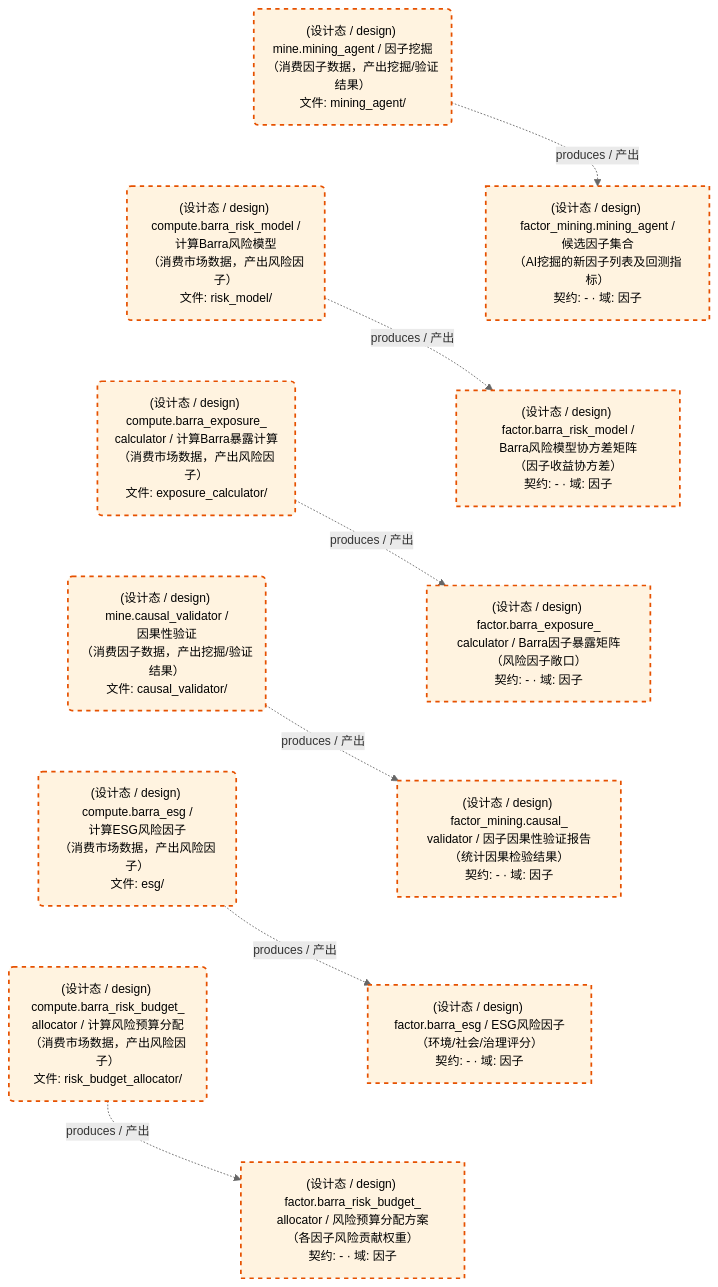
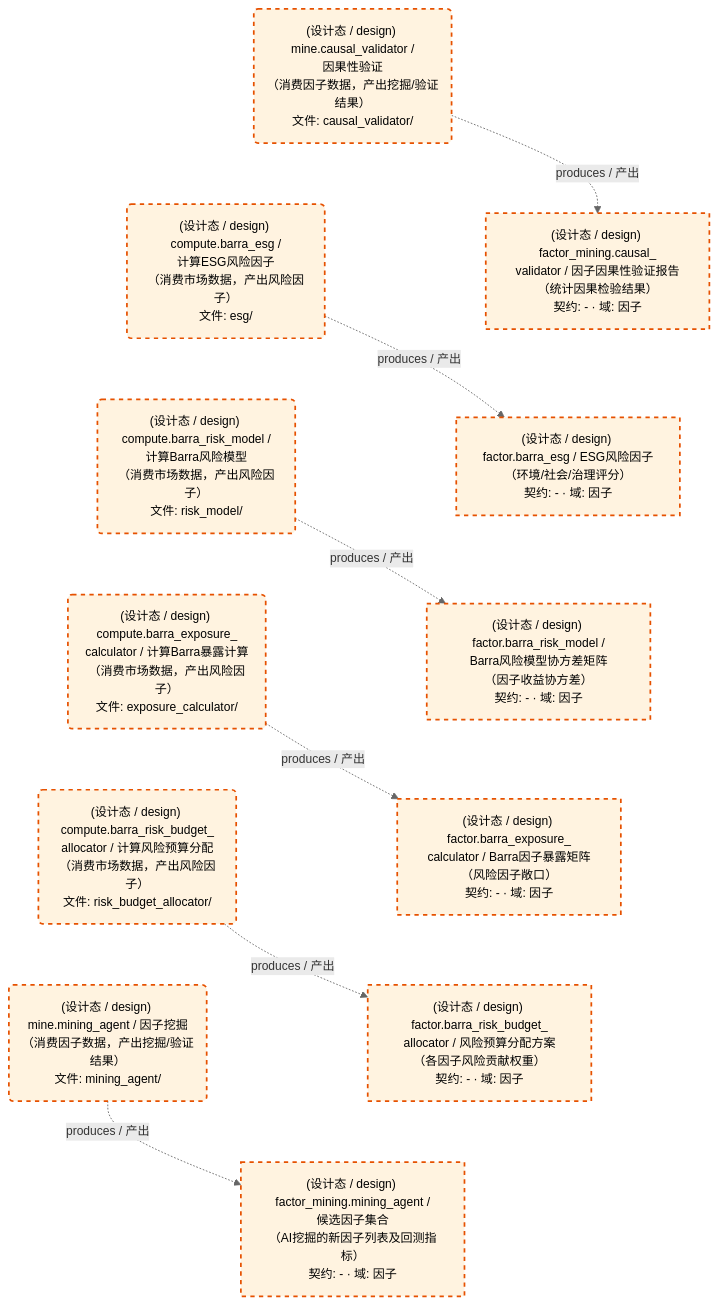
One commit to xuanFelixVan/ZephyrAlpha changed the second of 2 diagrams in docs/02_enterprise_architecture/05_dataflow_architecture/d_factor_barra_mine.md. Above: the diagram before and after it, drawn with Mermaid. The commit also changed other lines of this file and 42 other files, not shown here.

````diff
--- a/docs/02_enterprise_architecture/05_dataflow_architecture/d_factor_barra_mine.md
+++ b/docs/02_enterprise_architecture/05_dataflow_architecture/d_factor_barra_mine.md
@@ -95,37 +95,37 @@
 ```mermaid
 %%{init: {'theme': 'base', 'themeVariables': {'primaryColor': '#eaeaea', 'primaryTextColor': '#333333', 'primaryBorderColor': '#666666', 'lineColor': '#666666', 'secondaryColor': '#eaeaea', 'tertiaryColor': '#eaeaea', 'clusterBkg': 'transparent', 'clusterBorder': 'transparent', 'fontSize': '14px'}}}%%
 flowchart TD
     DS11239["(设计态 / design) factor.barra_esg / ESG风险因子<br/>（环境/社会/治理评分）<br/>契约: - · 域: 因子"]
     DS11240["(设计态 / design) factor.barra_exposure_<br/>calculator / Barra因子暴露矩阵<br/>（风险因子敞口）<br/>契约: - · 域: 因子"]
     DS11241["(设计态 / design) factor.barra_risk_budget_<br/>allocator / 风险预算分配方案<br/>（各因子风险贡献权重）<br/>契约: - · 域: 因子"]
     DS11242["(设计态 / design) factor.barra_risk_model /<br/>Barra风险模型协方差矩阵<br/>（因子收益协方差）<br/>契约: - · 域: 因子"]
     DS11243["(设计态 / design) factor_mining.causal_<br/>validator / 因子因果性验证报告<br/>（统计因果检验结果）<br/>契约: - · 域: 因子"]
     DS11244["(设计态 / design) factor_mining.mining_agent /<br/>候选因子集合<br/>（AI挖掘的新因子列表及回测指标）<br/>契约: - · 域: 因子"]
     JOB757603("(设计态 / design) compute.barra_esg /<br/>计算ESG风险因子<br/>（消费市场数据，产出风险因子）<br/>文件: esg/")
     JOB757604("(设计态 / design) compute.barra_exposure_<br/>calculator / 计算Barra暴露计算<br/>（消费市场数据，产出风险因子）<br/>文件: exposure_calculator/")
     JOB757605("(设计态 / design) compute.barra_risk_budget_<br/>allocator / 计算风险预算分配<br/>（消费市场数据，产出风险因子）<br/>文件: risk_budget_allocator/")
     JOB757606("(设计态 / design) compute.barra_risk_model /<br/>计算Barra风险模型<br/>（消费市场数据，产出风险因子）<br/>文件: risk_model/")
     JOB757607("(设计态 / design) mine.causal_validator /<br/>因果性验证<br/>（消费因子数据，产出挖掘/验证结果）<br/>文件: causal_validator/")
     JOB757608("(设计态 / design) mine.mining_agent / 因子挖掘<br/>（消费因子数据，产出挖掘/验证结果）<br/>文件: mining_agent/")
     JOB757603 -.->|produces / 产出| DS11239
     JOB757604 -.->|produces / 产出| DS11240
     JOB757605 -.->|produces / 产出| DS11241
     JOB757606 -.->|produces / 产出| DS11242
     JOB757607 -.->|produces / 产出| DS11243
     JOB757608 -.->|produces / 产出| DS11244
-    JOB757608 ~~~ JOB757606
+    JOB757607 ~~~ JOB757603
+    JOB757603 ~~~ JOB757606
     JOB757606 ~~~ JOB757604
-    JOB757604 ~~~ JOB757607
-    JOB757607 ~~~ JOB757603
-    JOB757603 ~~~ JOB757605
-    DS11244 ~~~ DS11242
+    JOB757604 ~~~ JOB757605
+    JOB757605 ~~~ JOB757608
+    DS11243 ~~~ DS11239
+    DS11239 ~~~ DS11242
     DS11242 ~~~ DS11240
-    DS11240 ~~~ DS11243
-    DS11243 ~~~ DS11239
-    DS11239 ~~~ DS11241
+    DS11240 ~~~ DS11241
+    DS11241 ~~~ DS11244
     classDef production fill:#e1f5fe,stroke:#01579b,stroke-width:2px,color:#000
     classDef design fill:#fff3e0,stroke:#e65100,stroke-width:2px,color:#000,stroke-dasharray: 5 5
     classDef external_prod fill:#e8f4fd,stroke:#0277bd,stroke-width:1px,color:#000
     classDef external_design fill:#fff8e7,stroke:#ef6c00,stroke-width:1px,color:#000,stroke-dasharray: 5 5
     class DS11239,DS11240,DS11241,DS11242,DS11243,DS11244,JOB757603,JOB757604,JOB757605,JOB757606,JOB757607,JOB757608 design
 ```
````
